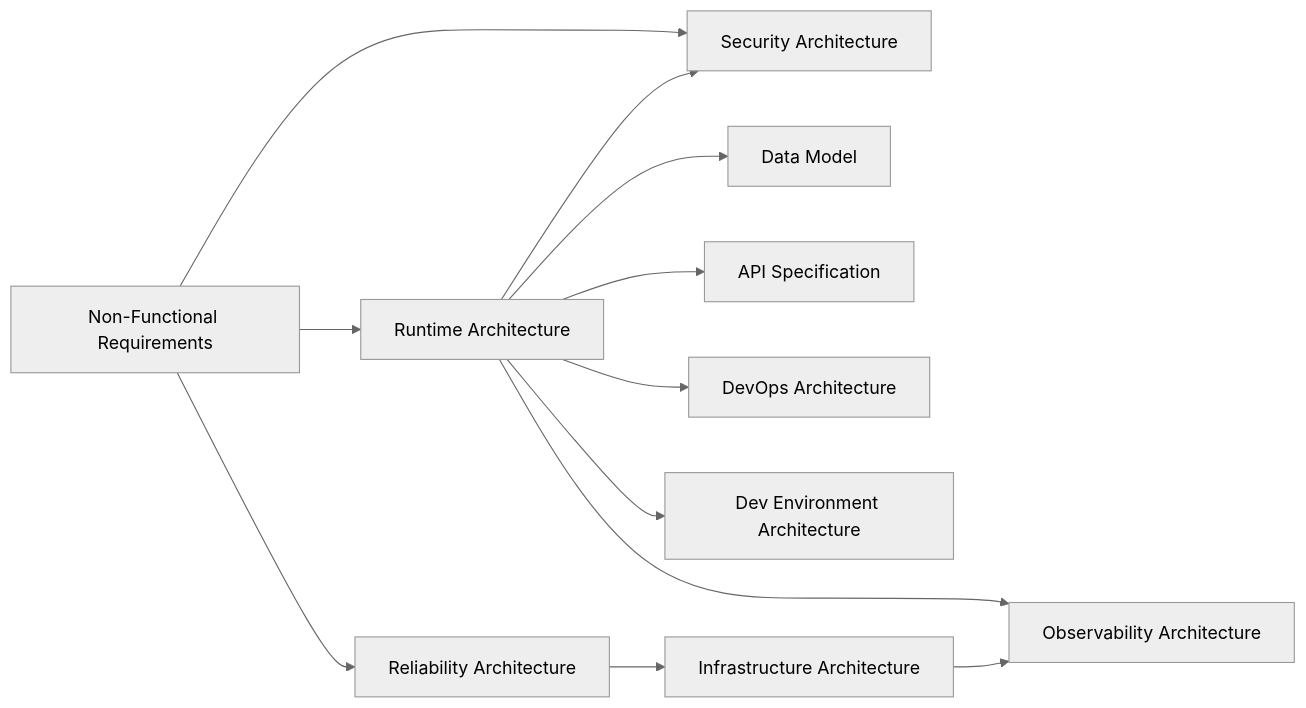
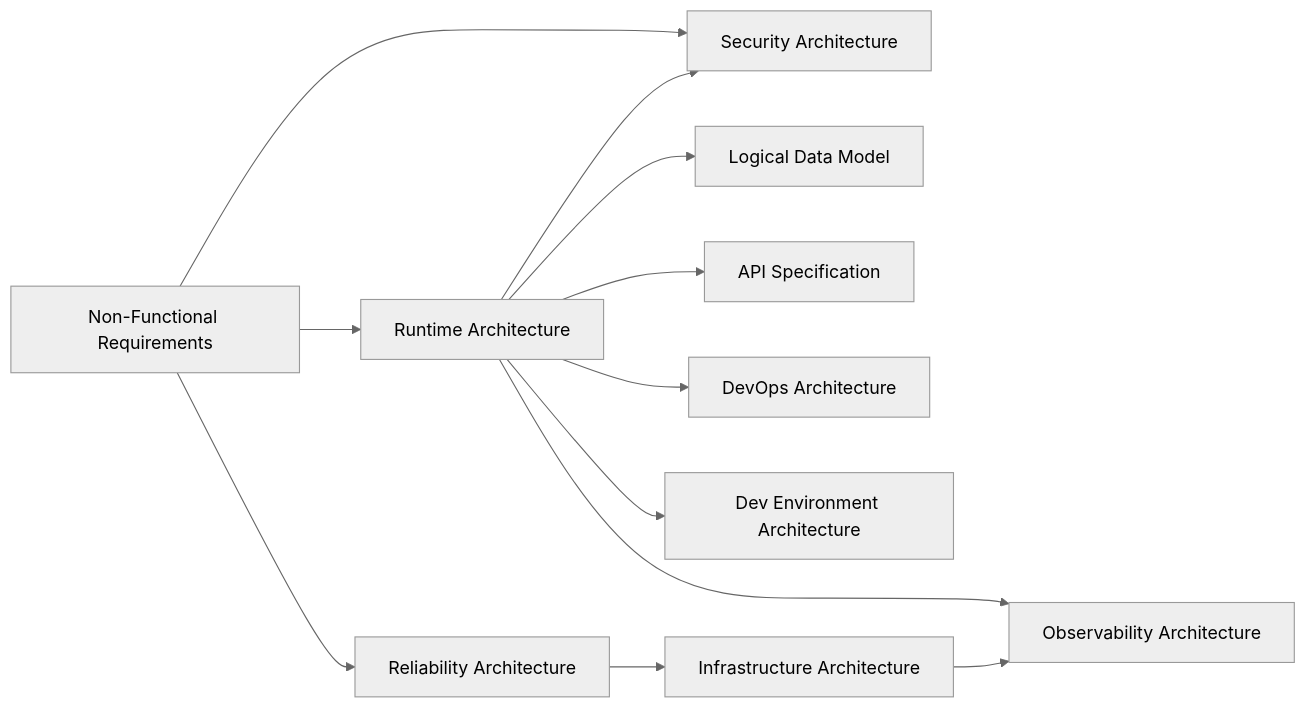
One commit to mahitotsu/ukiyoue changed the fifth of 15 diagrams in specs/artifact-relationships.md. Above: the diagram before and after it, drawn with Mermaid (neutral theme). The commit also changed other lines of this file, not shown here.

First line of the commit message:
fix: artifact-relationships.md の Data Model を Logical Data Model に統一

````diff
--- a/specs/artifact-relationships.md
+++ b/specs/artifact-relationships.md
@@ -352,16 +352,16 @@
 ```mermaid
 graph LR
     NonFuncReq[Non-Functional Requirements] --> RuntimeArch[Runtime Architecture]
     NonFuncReq --> SecArch[Security Architecture]
     NonFuncReq --> ReliArch[Reliability Architecture]
 
-    RuntimeArch --> DataModel[Data Model]
+    RuntimeArch --> DataModel[Logical Data Model]
     RuntimeArch --> API[API Specification]
     RuntimeArch --> DevOpsArch[DevOps Architecture]
     RuntimeArch --> ObservArch[Observability Architecture]
     RuntimeArch --> DevEnvArch[Dev Environment Architecture]
     RuntimeArch --> SecArch
 
     ReliArch --> InfraArch[Infrastructure Architecture]
     InfraArch --> ObservArch
 ```
````
